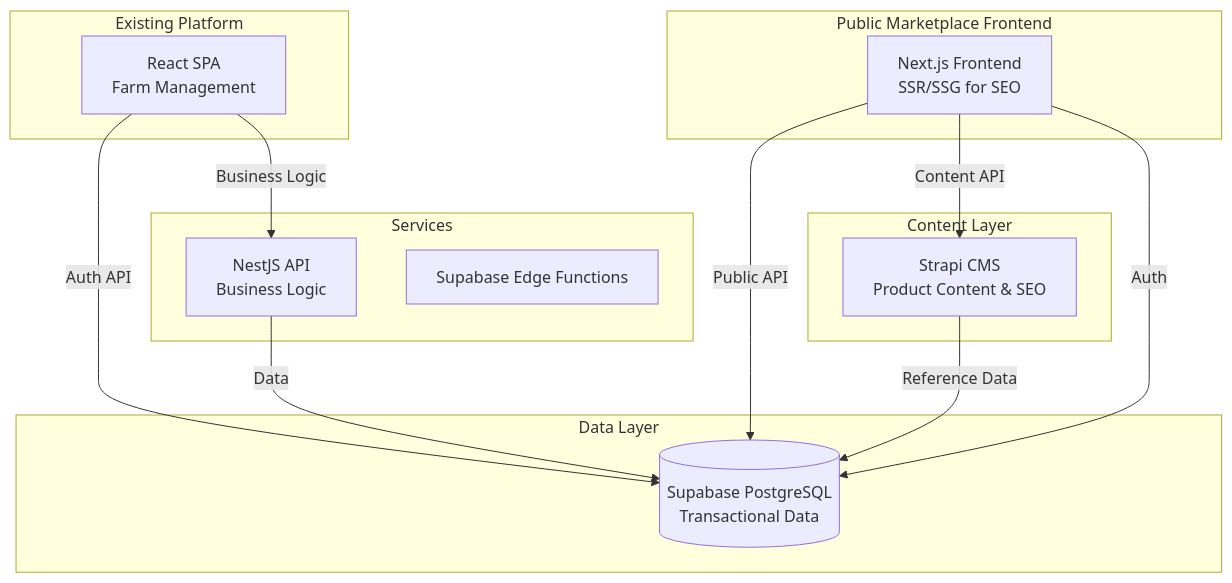
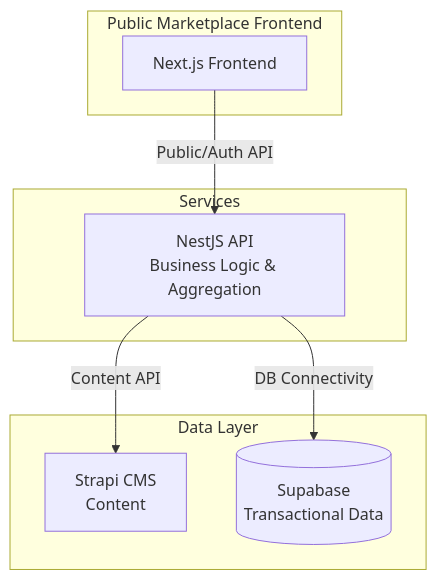
One commit to boutchaz/agritech changed the diagram in marketplace.md. Above: the diagram before and after it, drawn with Mermaid. The commit also changed other lines of this file and 3 other files, not shown here.

Commit message:
feat: enforce no direct connection rule, switch to NestJS API client

````diff
--- a/marketplace.md
+++ b/marketplace.md
@@ -54,31 +56,19 @@
 ```mermaid
 graph TB
     subgraph "Public Marketplace Frontend"
-        NextJS[Next.js Frontend<br/>SSR/SSG for SEO]
+        NextJS[Next.js Frontend]
     end
     
-    subgraph "Existing Platform"
-        ReactApp[React SPA<br/>Farm Management]
-    end
-    
-    subgraph "Content Layer"
-        Strapi[Strapi CMS<br/>Product Content & SEO]
+    subgraph "Services"
+        NestAPI[NestJS API<br/>Business Logic & Aggregation]
     end
     
     subgraph "Data Layer"
-        Supabase[(Supabase PostgreSQL<br/>Transactional Data)]
+        Strapi[Strapi CMS<br/>Content]
+        Supabase[(Supabase<br/>Transactional Data)]
     end
     
-    subgraph "Services"
-        NestAPI[NestJS API<br/>Business Logic]
-        EdgeFn[Supabase Edge Functions]
-    end
-    
-    NextJS -->|Public API| Supabase
-    NextJS -->|Content API| Strapi
-    ReactApp -->|Auth API| Supabase
-    ReactApp -->|Business Logic| NestAPI
-    NestAPI -->|Data| Supabase
-    NextJS -->|Auth| Supabase
-    Strapi -->|Reference Data| Supabase
+    NextJS -->|Public/Auth API| NestAPI
+    NestAPI -->|Content API| Strapi
+    NestAPI -->|DB Connectivity| Supabase
 ```
````
